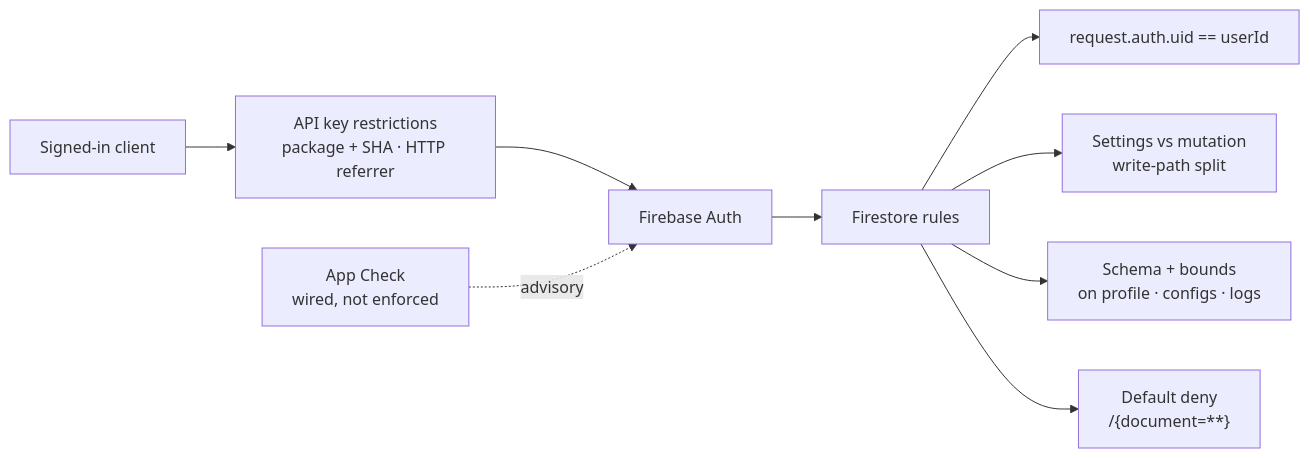
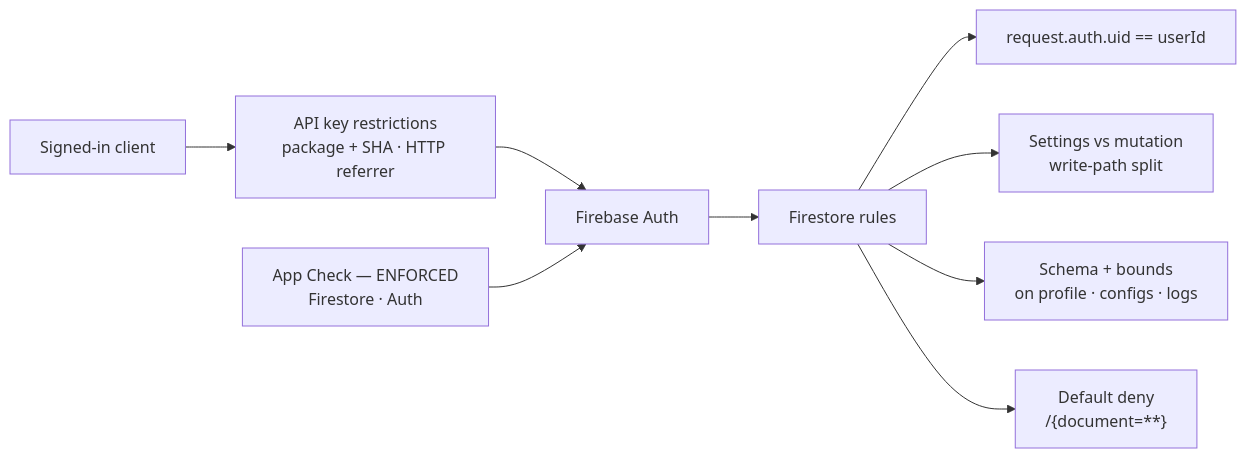
The second of 2 diagrams in README.md (shareef01/tabakpp), drawn with Mermaid before and after one commit. The commit also changed other lines of this file and 1 other file, not shown here.

First line of the commit message:
Correct the App Check docs: it is enforced, and that breaks sideloaded Android

````diff
--- a/README.md
+++ b/README.md
@@ -101,13 +101,13 @@
 ```mermaid
 flowchart LR
   Client["Signed-in client"] --> Key["API key restrictions<br/>package + SHA · HTTP referrer"]
   Key --> Auth["Firebase Auth"]
   Auth --> Rules["Firestore rules"]
 
   Rules --> Owner["request.auth.uid == userId"]
   Rules --> Split["Settings vs mutation<br/>write-path split"]
   Rules --> Shape["Schema + bounds<br/>on profile · configs · logs"]
   Rules --> Deny["Default deny<br/>/{document=**}"]
 
-  AC["App Check<br/>wired, not enforced"] -. advisory .-> Auth
+  AC["App Check — ENFORCED<br/>Firestore · Auth"] --> Auth
 ```
````
